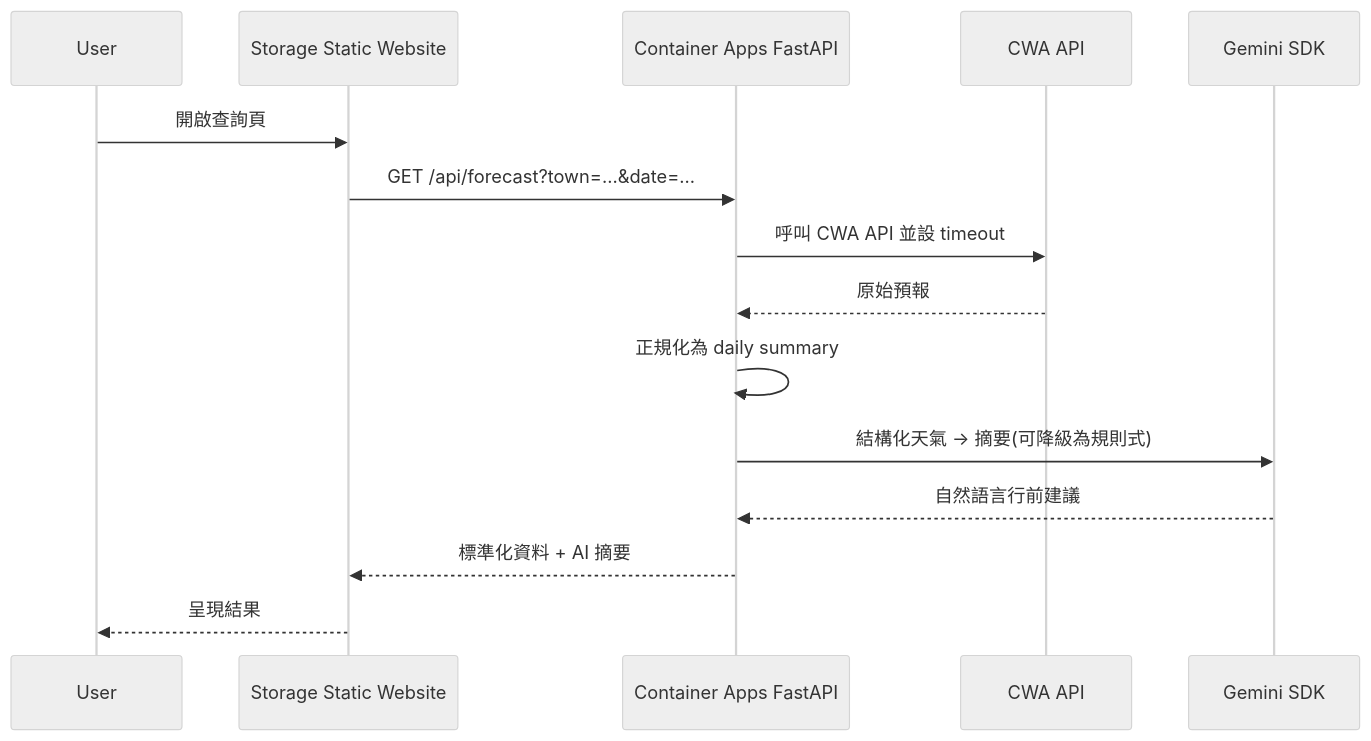
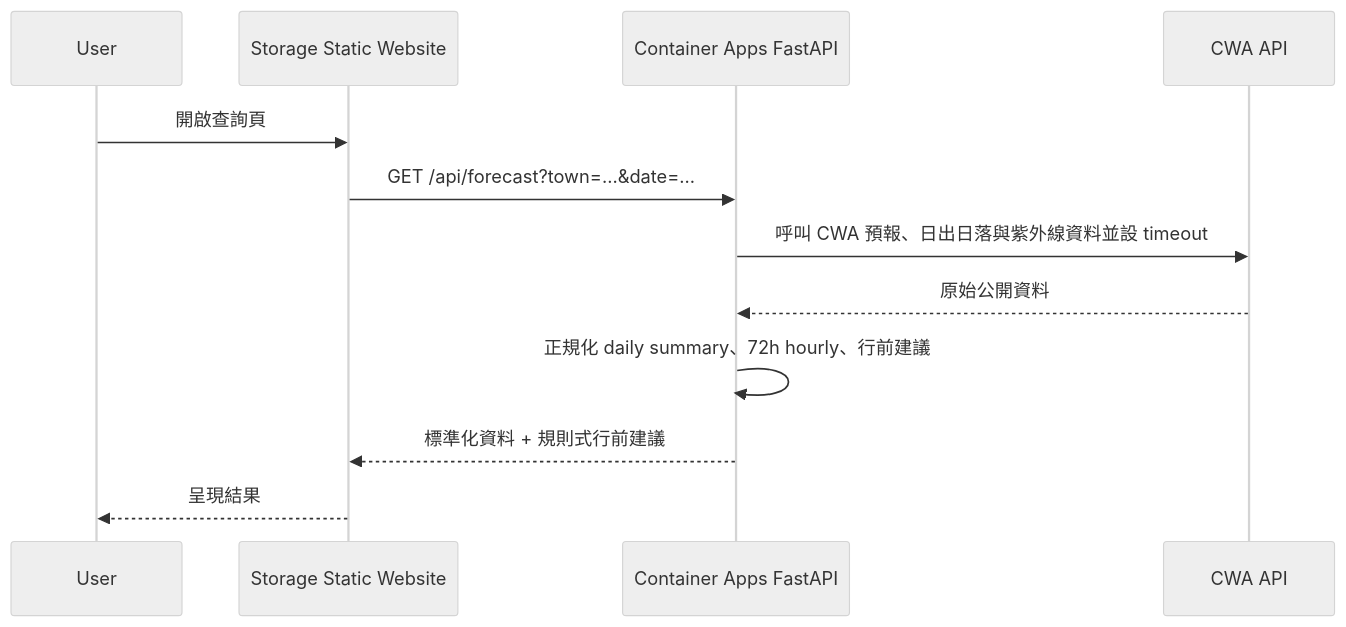
The second of 2 diagrams in docs/cloud_architecture.md (aoitsukikage-eng/trip-weather-planner), drawn with Mermaid (neutral theme) before and after one commit. The commit also changed other lines of this file, not shown here.

Commit message:
docs: align cloud diagrams with live CWA flow

````diff
--- a/docs/cloud_architecture.md
+++ b/docs/cloud_architecture.md
@@ -36,18 +33,15 @@
 ```mermaid
 sequenceDiagram
   participant User
   participant FE as Storage Static Website
   participant API as Container Apps FastAPI
   participant WX as CWA API
-  participant AI as Gemini SDK
 
   User->>FE: 開啟查詢頁
   FE->>API: GET /api/forecast?town=...&date=...
-  API->>WX: 呼叫 CWA API 並設 timeout
-  WX-->>API: 原始預報
-  API->>API: 正規化為 daily summary
-  API->>AI: 結構化天氣 → 摘要(可降級為規則式)
-  AI-->>API: 自然語言行前建議
-  API-->>FE: 標準化資料 + AI 摘要
+  API->>WX: 呼叫 CWA 預報、日出日落與紫外線資料並設 timeout
+  WX-->>API: 原始公開資料
+  API->>API: 正規化 daily summary、72h hourly、行前建議
+  API-->>FE: 標準化資料 + 規則式行前建議
   FE-->>User: 呈現結果
 ```
````
